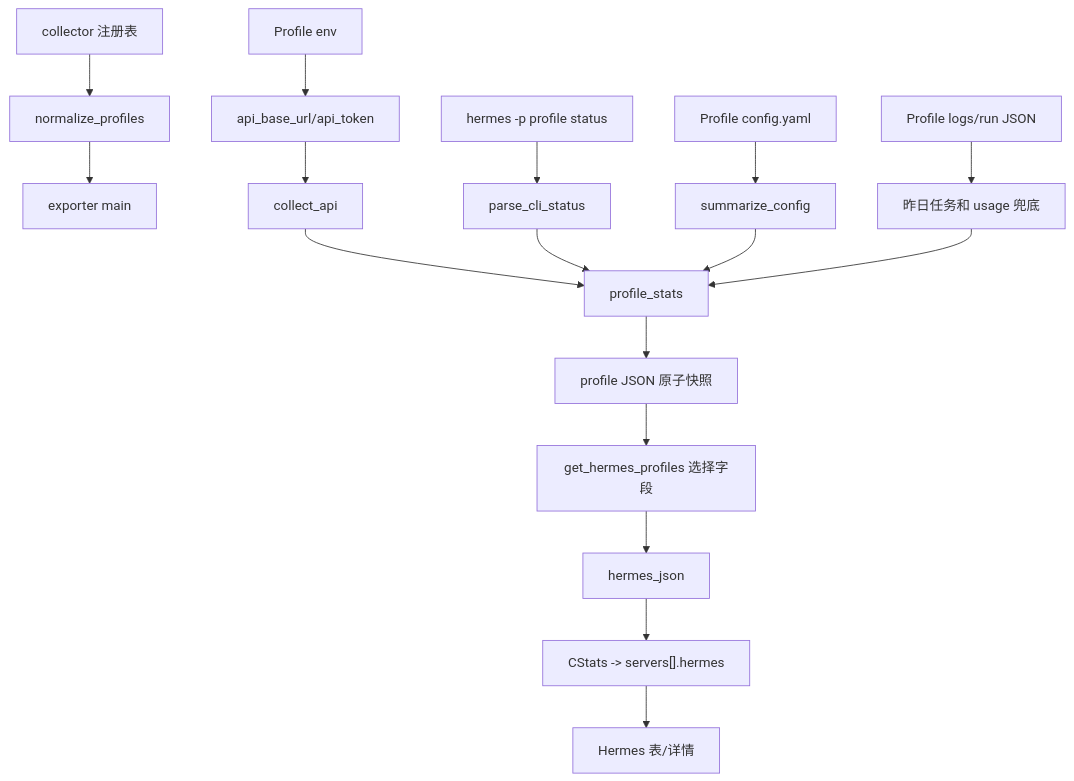
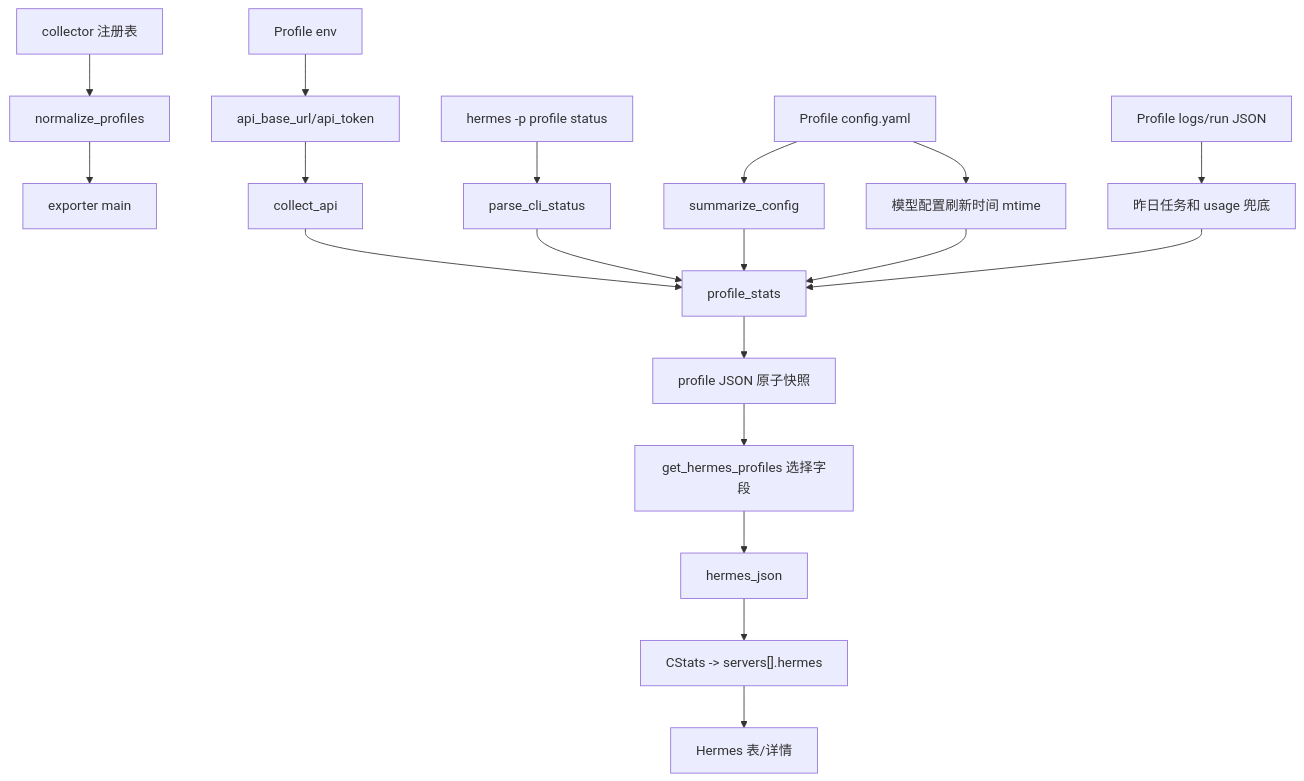
One commit to 404404/HermesStatus changed the fifth of 5 diagrams in docs/migration/SOURCE_TRACE.md. Above: the diagram before and after it, drawn with Mermaid. The commit also changed other lines of this file and 53 other files, not shown here.

````diff
--- a/docs/migration/SOURCE_TRACE.md
+++ b/docs/migration/SOURCE_TRACE.md
@@ -194,19 +194,21 @@
 ```mermaid
 flowchart TD
   REG["collector 注册表"] --> NP["normalize_profiles"]
   ENV["Profile env"] --> URL["api_base_url/api_token"]
   NP --> LOOP["exporter main"]
   URL --> API["collect_api"]
   CLI["hermes -p profile status"] --> PARSE["parse_cli_status"]
   YAML["Profile config.yaml"] --> SUMMARY["summarize_config"]
+  YAML --> MTIME["模型配置刷新时间 mtime"]
   LOGS["Profile logs/run JSON"] --> LOCAL["昨日任务和 usage 兜底"]
   API --> PROFILE["profile_stats"]
   PARSE --> PROFILE
   SUMMARY --> PROFILE
+  MTIME --> PROFILE
   LOCAL --> PROFILE
   PROFILE --> FILE["profile JSON 原子快照"]
   FILE --> CLIENT["get_hermes_profiles 选择字段"]
   CLIENT --> WIRE["hermes_json"]
   WIRE --> SERVER["CStats -> servers[].hermes"]
   SERVER --> WEB["Hermes 表/详情"]
 ```
````
